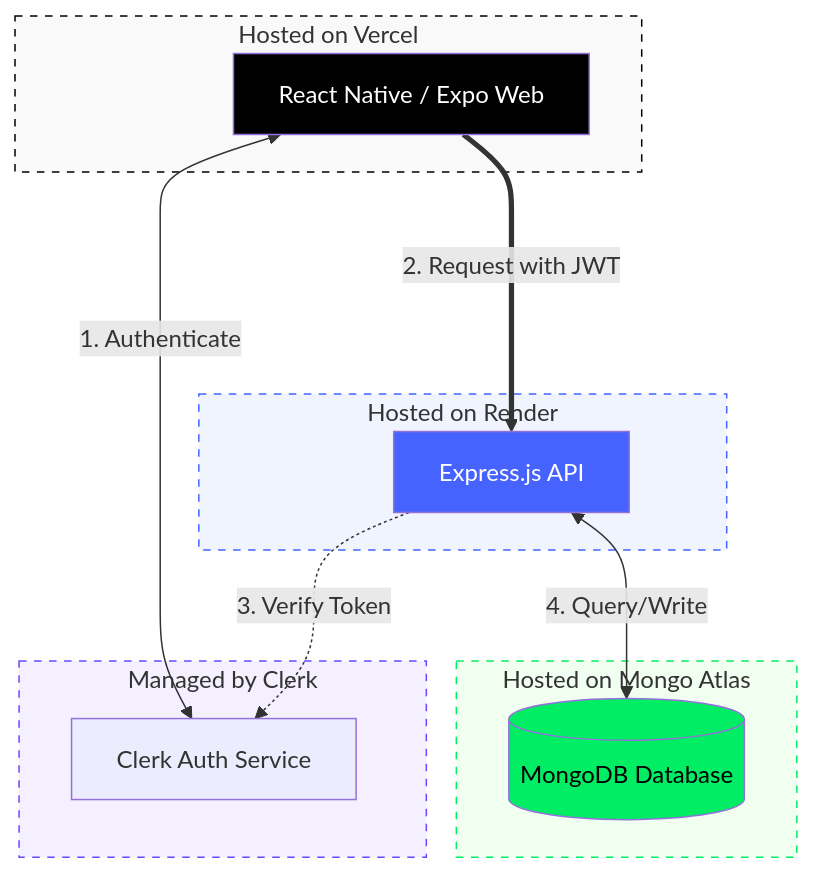
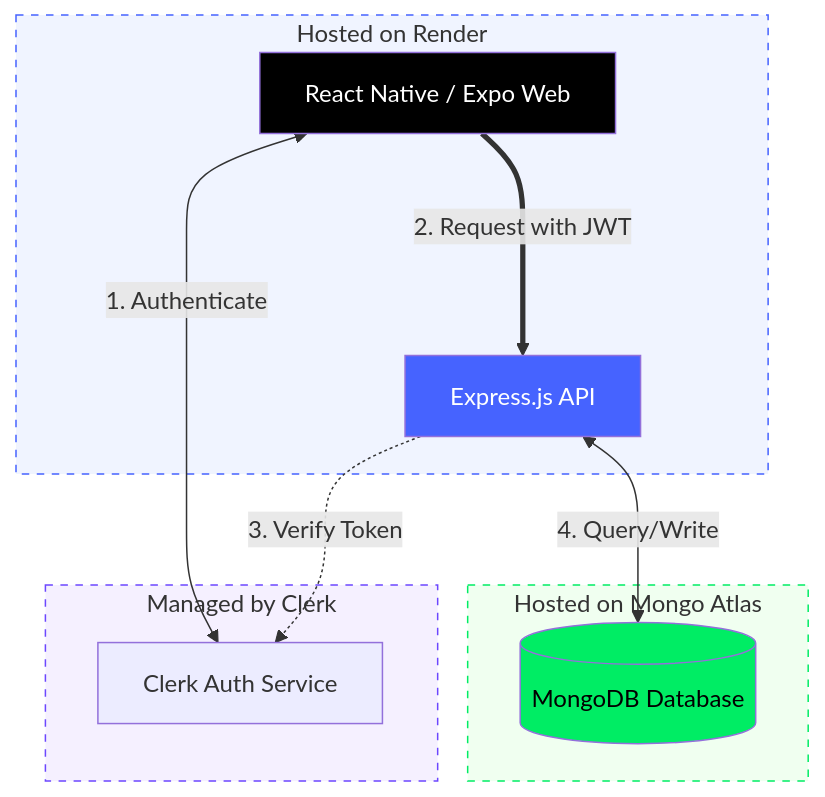
Before and after one commit to TrentSJohnson/react-native-food-app: the diagram in planning/SystemArchitecture.mermaid, drawn with Mermaid. The commit also changed 1 other file, not shown here.

Commit message:
Update System Architecture

```diff
--- a/planning/SystemArchitecture.mermaid
+++ b/planning/SystemArchitecture.mermaid
@@ -1,30 +1,26 @@
 graph TD
-    subgraph Vercel_Hosting [Hosted on Vercel]
+    subgraph Render_Hosting [Hosted on Render]
         UI[React Native / Expo Web]
-    end
-
-    subgraph Render_Hosting [Hosted on Render]
         Server[Express.js API]
     end
 
     subgraph MongoDB_Atlas [Hosted on Mongo Atlas]
         DB[(MongoDB Database)]
     end
 
     subgraph Clerk_Cloud [Managed by Clerk]
         Auth[Clerk Auth Service]
     end
 
     UI <-->|1. Authenticate| Auth
     UI ===>|2. Request with JWT| Server
     Server -.->|3. Verify Token| Auth
     Server <-->|4. Query/Write| DB
 
-    style Vercel_Hosting fill:#f9f9f9,stroke:#000,stroke-dasharray: 5 5
     style Render_Hosting fill:#f0f4ff,stroke:#4663ff,stroke-dasharray: 5 5
     style MongoDB_Atlas fill:#f0fff0,stroke:#00ed64,stroke-dasharray: 5 5
     style Clerk_Cloud fill:#f5f0ff,stroke:#6c47ff,stroke-dasharray: 5 5
     
     style UI fill:#000,color:#fff
     style Server fill:#4663ff,color:#fff
     style DB fill:#00ed64,color:#000
```
